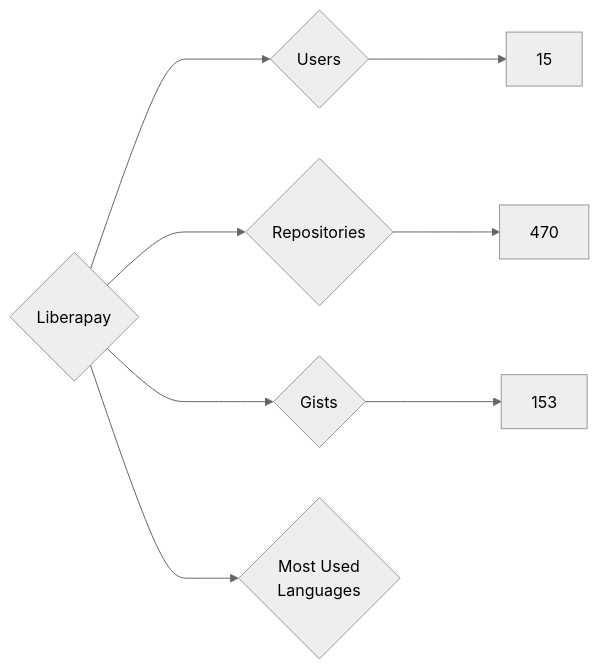
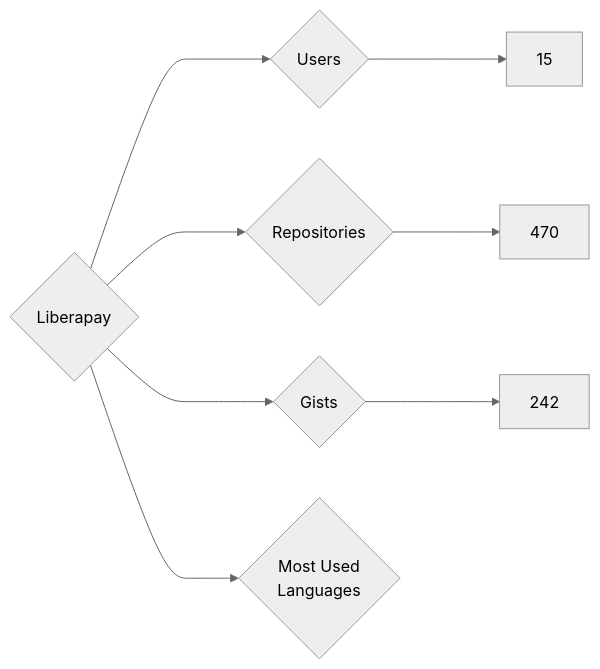
One commit to nenadzaric/insiders changed the diagram in targets/Liberapay/README.md. Above: the diagram before and after it, drawn with Mermaid (neutral theme). The commit also changed 1342 other files, not shown here.

````diff
--- a/targets/Liberapay/README.md
+++ b/targets/Liberapay/README.md
@@ -3,8 +3,8 @@
 ```mermaid
 graph LR
 COMPANY_NAME{Liberapay}
 COMPANY_NAME ---> U{Users} ---> UN[15]
 COMPANY_NAME ---> R{Repositories} ---> RN[470]
-COMPANY_NAME ---> G{Gists} ---> GN[153]
+COMPANY_NAME ---> G{Gists} ---> GN[242]
 COMPANY_NAME ---> ML{Most Used<br>Languages}
 ```
````
